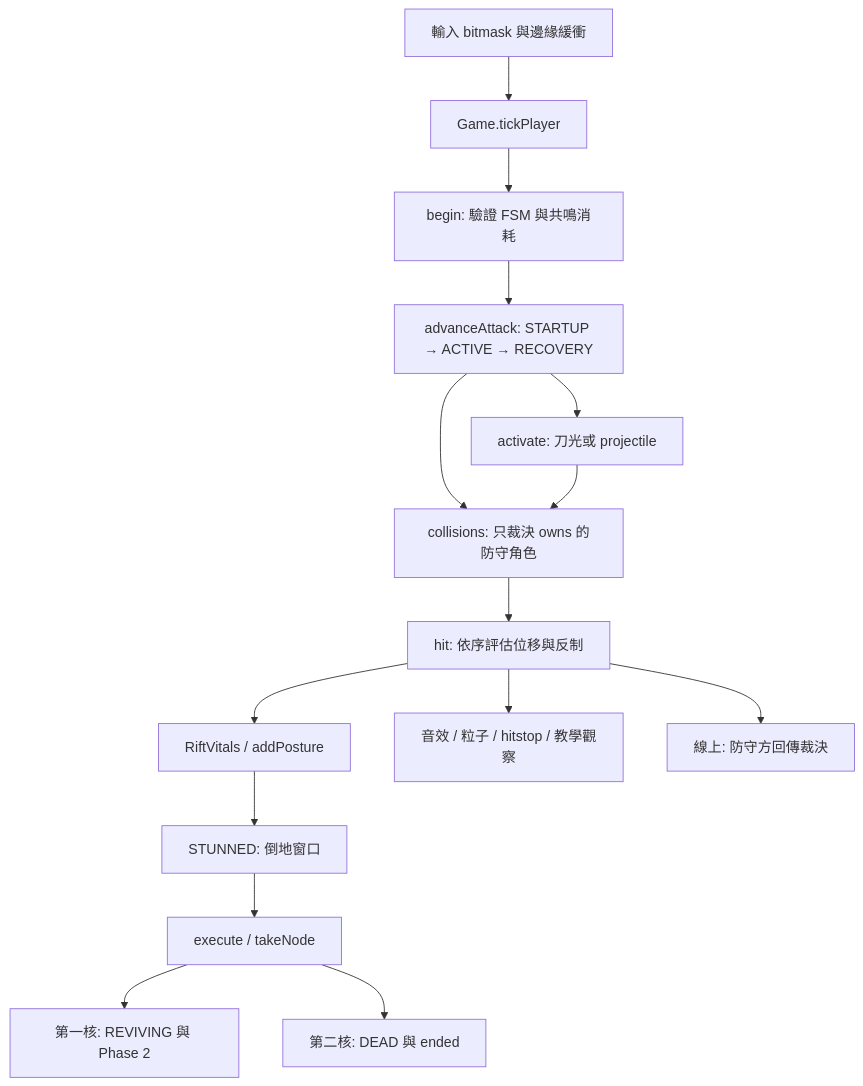
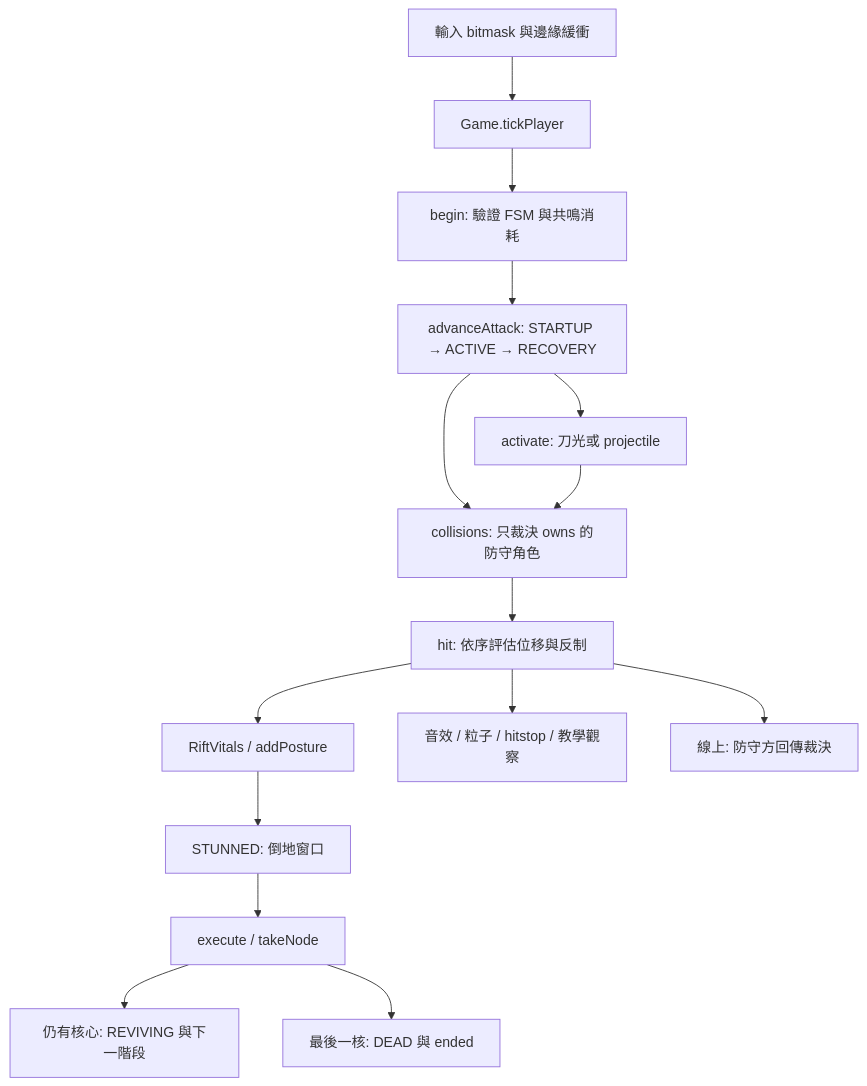
Before and after one commit to Yunlooloo/Game: the first of 2 diagrams in docs/COMBAT_SYSTEM.md, drawn with Mermaid. The commit also changed other lines of this file and 47 other files, not shown here.

````diff
--- a/docs/COMBAT_SYSTEM.md
+++ b/docs/COMBAT_SYSTEM.md
@@ -9,17 +9,17 @@
 ```mermaid
 flowchart TD
     Input[輸入 bitmask 與邊緣緩衝] --> Tick[Game.tickPlayer]
     Tick --> Start[begin: 驗證 FSM 與共鳴消耗]
     Start --> Clock[advanceAttack: STARTUP → ACTIVE → RECOVERY]
     Clock --> Activate[activate: 刀光或 projectile]
     Clock --> Collision[collisions: 只裁決 owns 的防守角色]
     Activate --> Collision
     Collision --> Defense[hit: 依序評估位移與反制]
     Defense --> Vitals[RiftVitals / addPosture]
     Vitals --> Down[STUNNED: 倒地窗口]
     Down --> Finish[execute / takeNode]
-    Finish --> Revive[第一核: REVIVING 與 Phase 2]
-    Finish --> End[第二核: DEAD 與 ended]
+    Finish --> Revive[仍有核心: REVIVING 與下一階段]
+    Finish --> End[最後一核: DEAD 與 ended]
     Defense --> Feedback[音效 / 粒子 / hitstop / 教學觀察]
     Defense --> Net[線上: 防守方回傳裁決]
 ```
````
